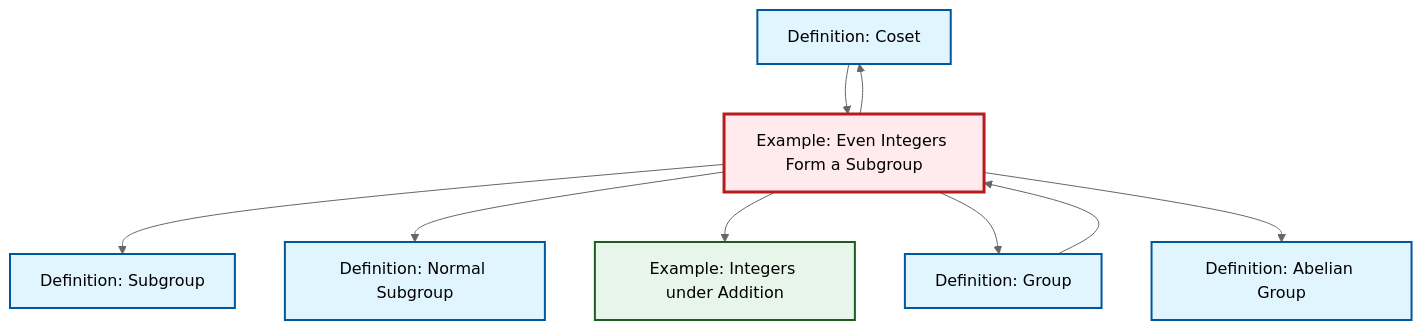
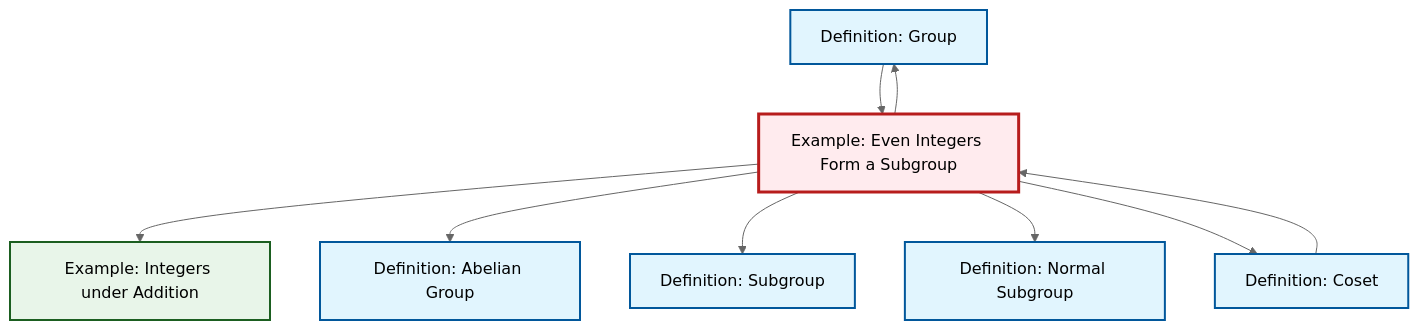
Before and after one commit to RK0429/ModernMath: the diagram in content/en/algebra/ex-even-integers-subgroup.qmd, drawn with Mermaid (neutral theme). The commit also changed other lines of this file and 531 other files, not shown here.

````diff
--- a/content/en/algebra/ex-even-integers-subgroup.qmd
+++ b/content/en/algebra/ex-even-integers-subgroup.qmd
@@ -51,31 +51,31 @@
 ```{mermaid}
 %%| fig-cap: "Local dependency graph"
 graph TD
     classDef definition fill:#e1f5fe,stroke:#01579b,stroke-width:2px
     classDef theorem fill:#f3e5f5,stroke:#4a148c,stroke-width:2px
     classDef axiom fill:#fff3e0,stroke:#e65100,stroke-width:2px
     classDef example fill:#e8f5e9,stroke:#1b5e20,stroke-width:2px
     classDef current fill:#ffebee,stroke:#b71c1c,stroke-width:3px
+    def-abelian-group["Definition: Abelian Group"]:::definition
     def-normal-subgroup["Definition: Normal Subgroup"]:::definition
+    def-group["Definition: Group"]:::definition
+    def-subgroup["Definition: Subgroup"]:::definition
+    ex-even-integers-subgroup["Example: Even Integers Form a Subgroup"]:::example
+    ex-integers-addition["Example: Integers under Addition"]:::example
     def-coset["Definition: Coset"]:::definition
-    def-subgroup["Definition: Subgroup"]:::definition
-    def-group["Definition: Group"]:::definition
-    ex-integers-addition["Example: Integers under Addition"]:::example
-    def-abelian-group["Definition: Abelian Group"]:::definition
-    ex-even-integers-subgroup["Example: Even Integers Form a Subgroup"]:::example
+    ex-even-integers-subgroup --> ex-integers-addition
+    def-coset --> ex-even-integers-subgroup
+    ex-even-integers-subgroup --> def-abelian-group
     ex-even-integers-subgroup --> def-subgroup
+    ex-even-integers-subgroup --> def-normal-subgroup
+    ex-even-integers-subgroup --> def-group
+    ex-even-integers-subgroup --> def-coset
     def-group --> ex-even-integers-subgroup
-    ex-even-integers-subgroup --> def-normal-subgroup
-    def-coset --> ex-even-integers-subgroup
-    ex-even-integers-subgroup --> def-coset
-    ex-even-integers-subgroup --> ex-integers-addition
-    ex-even-integers-subgroup --> def-group
-    ex-even-integers-subgroup --> def-abelian-group
     class ex-even-integers-subgroup current
+    click def-abelian-group "def-abelian-group.html" "Go to Abelian Group definition"
     click def-normal-subgroup "def-normal-subgroup.html" "Go to Normal Subgroup definition"
+    click def-group "def-group.html" "Go to Group definition"
+    click def-subgroup "def-subgroup.html" "Go to Subgroup definition"
+    click ex-integers-addition "ex-integers-addition.html" "Go to Integers under Addition example"
     click def-coset "def-coset.html" "Go to Coset definition"
-    click def-subgroup "def-subgroup.html" "Go to Subgroup definition"
-    click def-group "def-group.html" "Go to Group definition"
-    click ex-integers-addition "ex-integers-addition.html" "Go to Integers under Addition example"
-    click def-abelian-group "def-abelian-group.html" "Go to Abelian Group definition"
 ```
````
